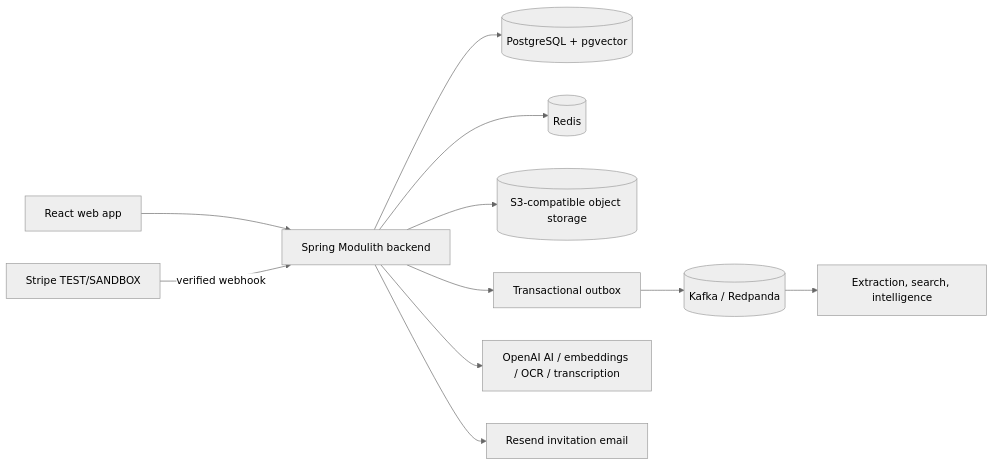
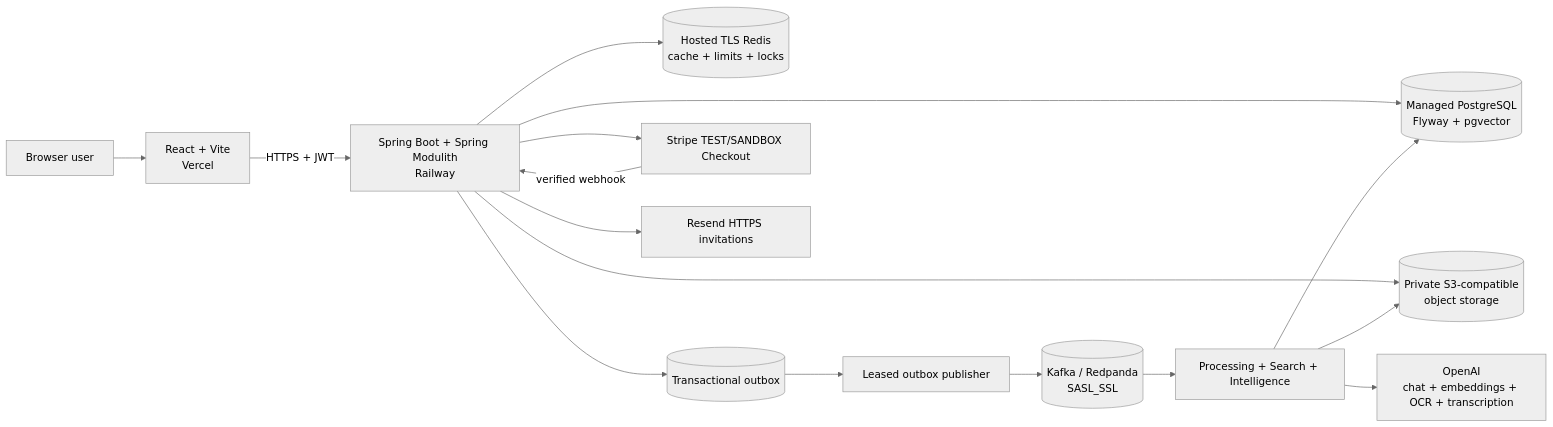
One commit to siddeshagrawal/AssetSphere changed the first of 2 diagrams in README.md. Above: the diagram before and after it, drawn with Mermaid (neutral theme). The commit also changed other lines of this file and 3 other files, not shown here.

Commit message:
docs: expand hackathon architecture and engineering evidence

````diff
--- a/README.md
+++ b/README.md
@@ -49,13 +47,20 @@
 ```mermaid
 flowchart LR
-  UI[React web app] --> API[Spring Modulith backend]
-  API --> PG[(PostgreSQL + pgvector)]
-  API --> Redis[(Redis)]
-  API --> Storage[(S3-compatible object storage)]
-  API --> Outbox[Transactional outbox]
-  Outbox --> Kafka[(Kafka / Redpanda)]
-  Kafka --> Workers[Extraction, search, intelligence]
-  API --> OpenAI[OpenAI AI / embeddings / OCR / transcription]
-  Stripe[Stripe TEST/SANDBOX] -->|verified webhook| API
-  API --> Resend[Resend invitation email]
+    User[Browser user] --> Web[React + Vite<br/>Vercel]
+    Web -->|HTTPS + JWT| API[Spring Boot + Spring Modulith<br/>Railway]
+
+    API --> PG[(Managed PostgreSQL<br/>Flyway + pgvector)]
+    API --> Redis[(Hosted TLS Redis<br/>cache + limits + locks)]
+    API --> Storage[(Private S3-compatible<br/>object storage)]
+    API --> Outbox[(Transactional outbox)]
+    Outbox --> Publisher[Leased outbox publisher]
+    Publisher --> Kafka[(Kafka / Redpanda<br/>SASL_SSL)]
+    Kafka --> Workers[Processing + Search + Intelligence]
+    Workers --> PG
+    Workers --> Storage
+    Workers --> OpenAI[OpenAI<br/>chat + embeddings + OCR + transcription]
+
+    API --> Stripe[Stripe TEST/SANDBOX Checkout]
+    Stripe -->|verified webhook| API
+    API --> Resend[Resend HTTPS invitations]
 ```
````
